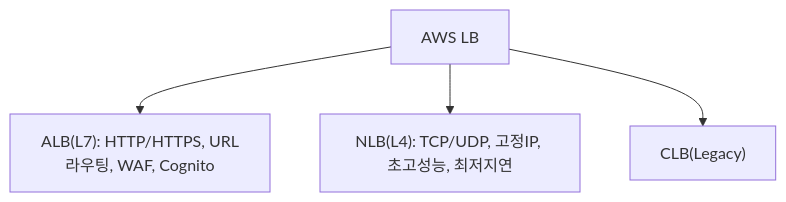
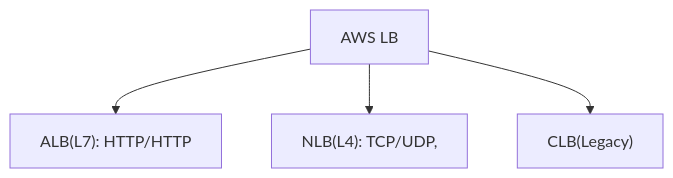
One commit to yjkim2015/yjkim2015.github.io changed the fourth of 8 diagrams in _posts/network/2026-05-01-load-balancer.md. Above: the diagram before and after it, drawn with Mermaid. The commit also changed other lines of this file and 271 other files, not shown here.

First line of the commit message:
Mermaid 라벨 축소: 긴 노드 텍스트 18자 이하로 트림 + \n 제거

````diff
--- a/_posts/network/2026-05-01-load-balancer.md
+++ b/_posts/network/2026-05-01-load-balancer.md
@@ -509,6 +509,6 @@
 ```mermaid
 graph TD
-    AWS["AWS LB"] --> ALB["ALB(L7): HTTP/HTTPS, URL라우팅, WAF, Cognito"]
-    AWS --> NLB["NLB(L4): TCP/UDP, 고정IP, 초고성능, 최저지연"]
+    AWS["AWS LB"] --> ALB["ALB(L7): HTTP/HTTP"]
+    AWS --> NLB["NLB(L4): TCP/UDP,"]
     AWS --> CLB["CLB(Legacy)"]
 ```
````
